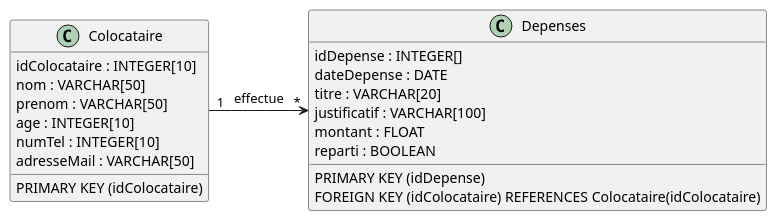
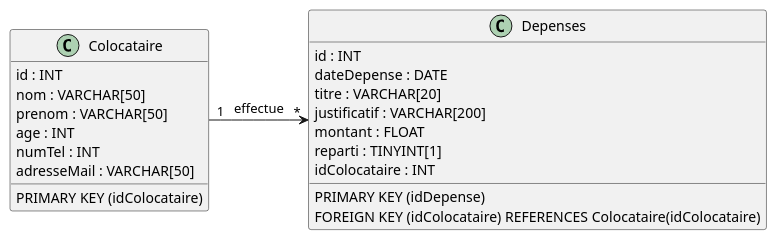
One commit to MihutaMihail/application_crous changed the fifth of 6 diagrams in README.md. Above: the diagram before and after it, drawn with PlantUML. The commit also changed other lines of this file, not shown here.

````diff
--- a/README.md
+++ b/README.md
@@ -161,28 +178,29 @@
 ```plantuml
 @startuml model1
 scale 1
 
 class Depenses {
-  idDepense : INTEGER[]
+  id : INT
   dateDepense : DATE
   titre : VARCHAR[20]
-  justificatif : VARCHAR[100]
+  justificatif : VARCHAR[200]
   montant : FLOAT
-  reparti : BOOLEAN
+  reparti : TINYINT[1]
+  idColocataire : INT
   PRIMARY KEY (idDepense)
   FOREIGN KEY (idColocataire) REFERENCES Colocataire(idColocataire)
 }
 
 class Colocataire {
-    idColocataire : INTEGER[10]
+    id : INT
     nom : VARCHAR[50]
     prenom : VARCHAR[50]
-    age : INTEGER[10]
-    numTel : INTEGER[10]
+    age : INT
+    numTel : INT
     adresseMail : VARCHAR[50]
     PRIMARY KEY (idColocataire)
 }
 
 Colocataire -> Depenses : "1"   effectue   "*"
 @enduml
 ```
````
